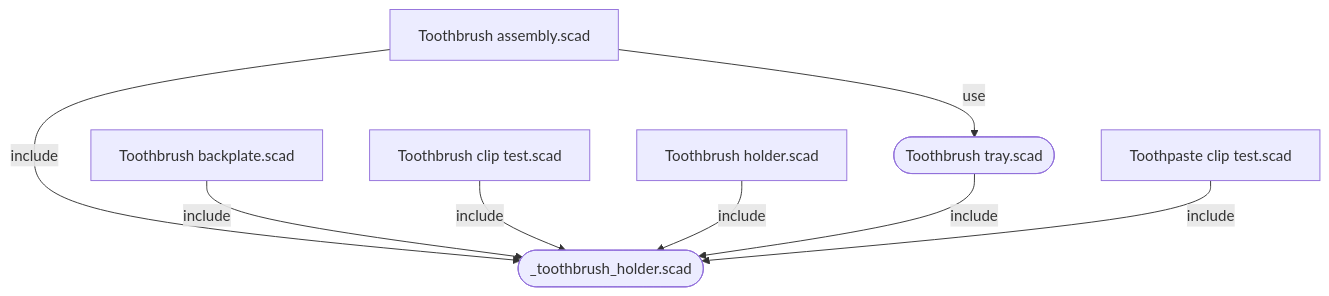
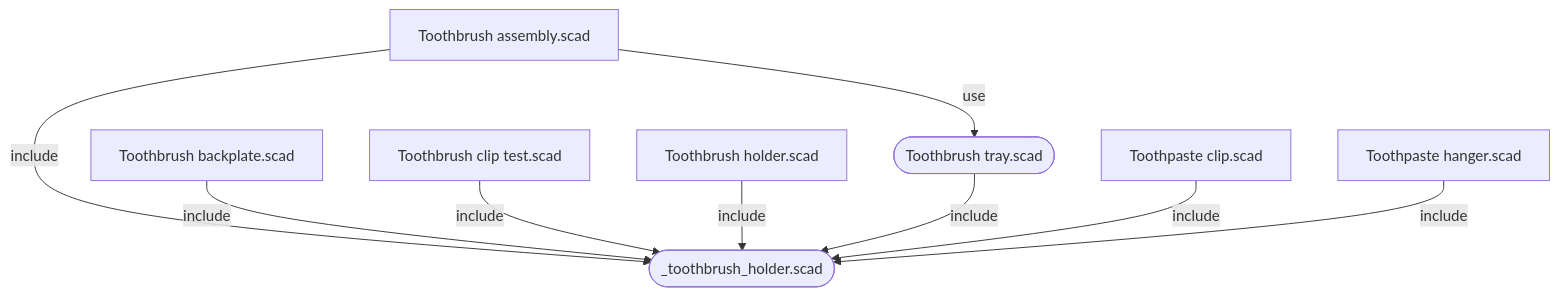
The diagram in toothbrush/dependency-graph.md (stjohnb/3d-models), drawn with Mermaid before and after one commit. The commit also changed 36 other files, not shown here.

First line of the commit message:
Scale scanning rig, fix slab orientation, and correct toothpaste hanger

````diff
--- a/toothbrush/dependency-graph.md
+++ b/toothbrush/dependency-graph.md
@@ -10,17 +10,19 @@
 ```mermaid
 graph TD
   Toothbrush_assembly["Toothbrush assembly.scad"]
   Toothbrush_backplate["Toothbrush backplate.scad"]
   Toothbrush_clip_test["Toothbrush clip test.scad"]
   _toothbrush_holder(["_toothbrush_holder.scad"])
   Toothbrush_holder["Toothbrush holder.scad"]
   Toothbrush_tray(["Toothbrush tray.scad"])
-  Toothpaste_clip_test["Toothpaste clip test.scad"]
+  Toothpaste_clip["Toothpaste clip.scad"]
+  Toothpaste_hanger["Toothpaste hanger.scad"]
   Toothbrush_assembly -->|include| _toothbrush_holder
   Toothbrush_assembly -->|use| Toothbrush_tray
   Toothbrush_backplate -->|include| _toothbrush_holder
   Toothbrush_clip_test -->|include| _toothbrush_holder
   Toothbrush_holder -->|include| _toothbrush_holder
   Toothbrush_tray -->|include| _toothbrush_holder
-  Toothpaste_clip_test -->|include| _toothbrush_holder
+  Toothpaste_clip -->|include| _toothbrush_holder
+  Toothpaste_hanger -->|include| _toothbrush_holder
 ```
````
